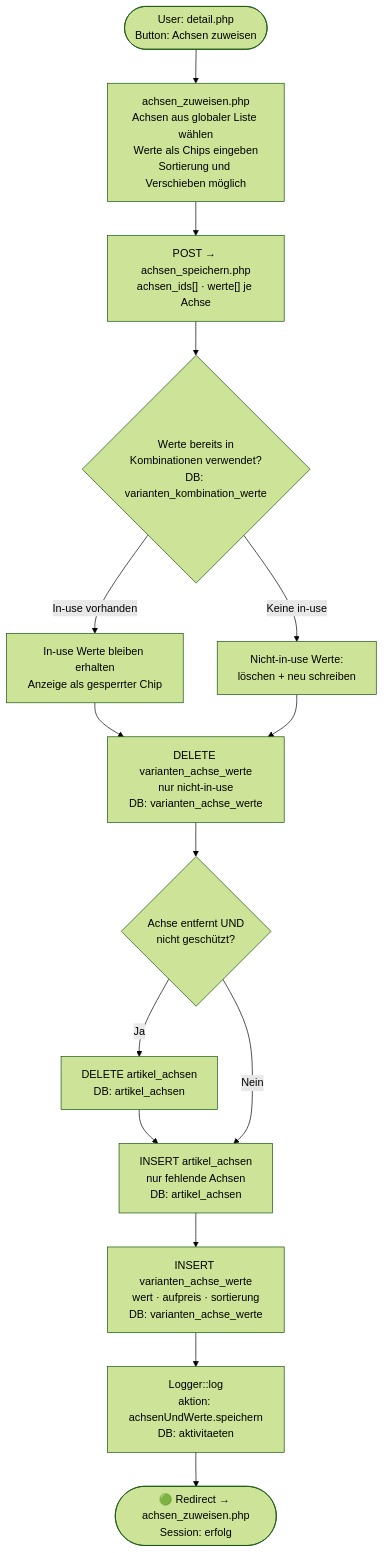
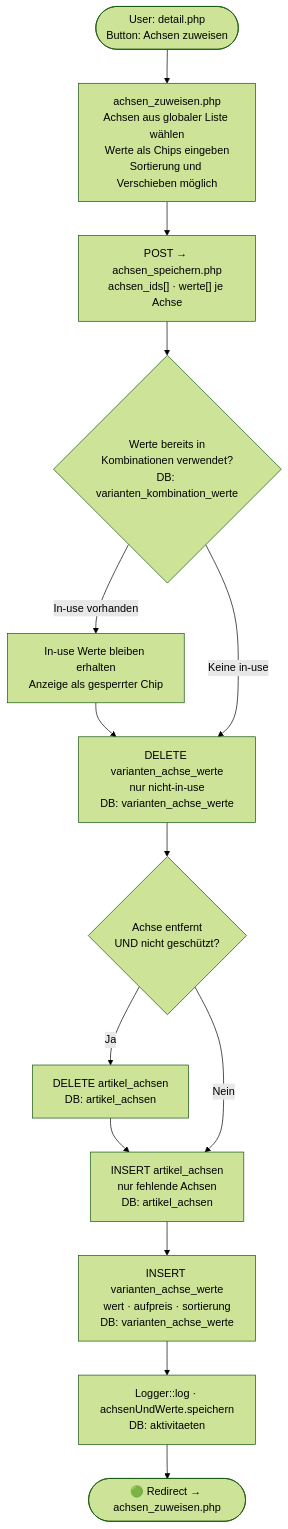
One commit to Kindra2804/mealana-erp changed the fifth of 15 diagrams in docs/workflows/artikel_workflows.md. Above: the diagram before and after it, drawn with Mermaid (forest theme). The commit also changed other lines of this file, not shown here.

Commit message:
docs: Artikel-Workflows komplett — alle 12 Workflows mit Mermaid

````diff
--- a/docs/workflows/artikel_workflows.md
+++ b/docs/workflows/artikel_workflows.md
@@ -100,24 +206,23 @@
 ```mermaid
 flowchart TD
     START(["User: detail.php<br/>Button: Achsen zuweisen"])
     PAGE["achsen_zuweisen.php<br/>Achsen aus globaler Liste wählen<br/>Werte als Chips eingeben<br/>Sortierung und Verschieben möglich"]
     POST["POST → achsen_speichern.php<br/>achsen_ids[] · werte[] je Achse"]
     INUSE{"Werte bereits in<br/>Kombinationen verwendet?<br/>DB: varianten_kombination_werte"}
     LOCK["In-use Werte bleiben erhalten<br/>Anzeige als gesperrter Chip"]
-    FREE["Nicht-in-use Werte:<br/>löschen + neu schreiben"]
     DEL_WERTE["DELETE varianten_achse_werte<br/>nur nicht-in-use<br/>DB: varianten_achse_werte"]
-    CHK_ACHSE{"Achse entfernt UND<br/>nicht geschützt?"}
+    CHK_ACHSE{"Achse entfernt<br/>UND nicht geschützt?"}
     DEL_ACHSE["DELETE artikel_achsen<br/>DB: artikel_achsen"]
     INS_ACHSE["INSERT artikel_achsen<br/>nur fehlende Achsen<br/>DB: artikel_achsen"]
     INS_WERTE["INSERT varianten_achse_werte<br/>wert · aufpreis · sortierung<br/>DB: varianten_achse_werte"]
-    LOG["Logger::log<br/>aktion: achsenUndWerte.speichern<br/>DB: aktivitaeten"]
-    END(["🟢 Redirect → achsen_zuweisen.php<br/>Session: erfolg"])
+    LOG["Logger::log · achsenUndWerte.speichern<br/>DB: aktivitaeten"]
+    END(["🟢 Redirect → achsen_zuweisen.php"])
 
     START --> PAGE --> POST --> INUSE
-    INUSE -->|"In-use vorhanden"| LOCK --> DEL_WERTE
-    INUSE -->|"Keine in-use"| FREE --> DEL_WERTE
+    INUSE -->|In-use vorhanden| LOCK --> DEL_WERTE
+    INUSE -->|Keine in-use| DEL_WERTE
     DEL_WERTE --> CHK_ACHSE
     CHK_ACHSE -->|Ja| DEL_ACHSE --> INS_ACHSE
     CHK_ACHSE -->|Nein| INS_ACHSE
     INS_ACHSE --> INS_WERTE --> LOG --> END
 ```
````
